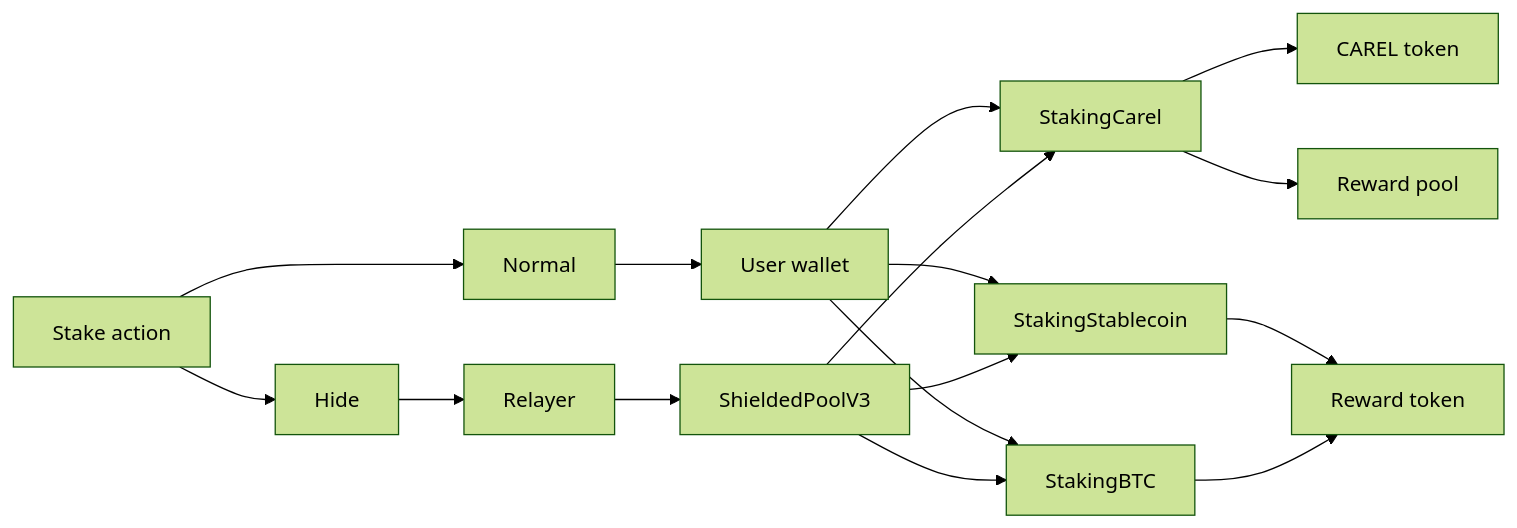
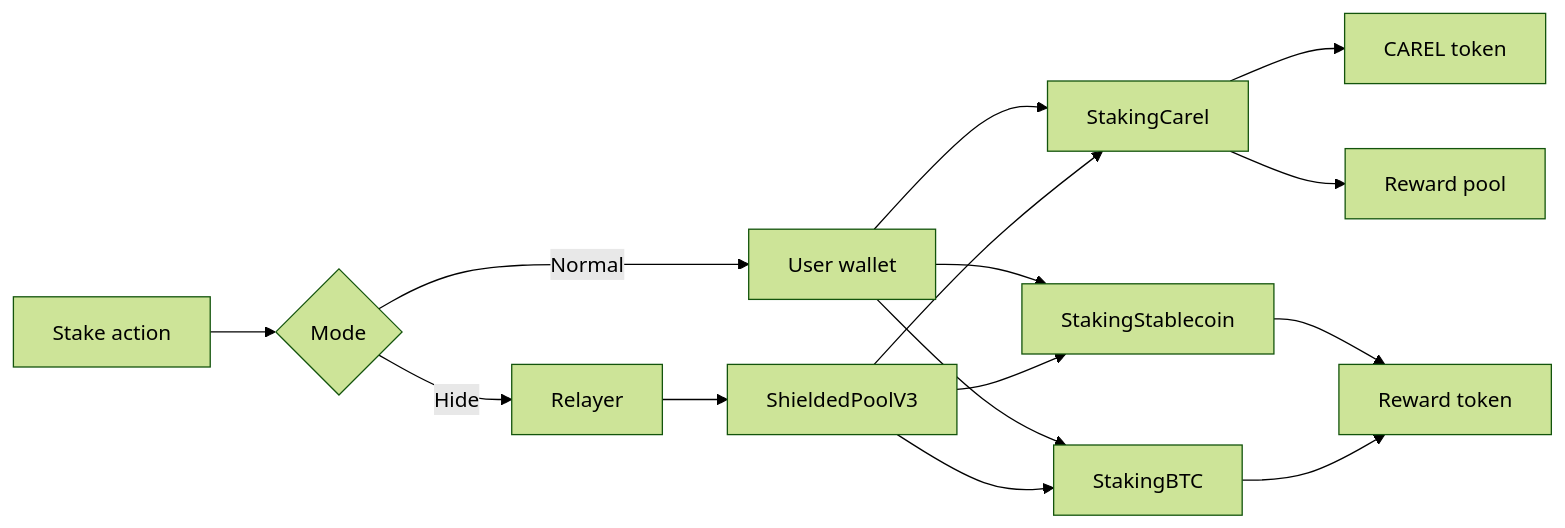
The fourth of 4 diagrams in smartcontract/README.md (ntfound-dev/zkcarel_protocol), drawn with Mermaid (forest theme) before and after one commit. The commit also changed other lines of this file and 1 other file, not shown here.

Commit message:
docs: clarify flow diagram contract naming

````diff
--- a/smartcontract/README.md
+++ b/smartcontract/README.md
@@ -160,18 +161,17 @@
 ```mermaid
 flowchart LR
-  A[Stake action] --> N[Normal]
-  N --> U[User wallet]
+  A[Stake action] --> B{Mode}
+  B -->|Normal| U[User wallet]
   U --> SCAREL[StakingCarel]
   U --> SSTABLE[StakingStablecoin]
   U --> SBTC[StakingBTC]
-  A --> H[Hide]
-  H --> R[Relayer]
+  B -->|Hide| R[Relayer]
   R --> EXEC[ShieldedPoolV3]
   EXEC --> SCAREL
   EXEC --> SSTABLE
   EXEC --> SBTC
   SCAREL --> CAREL[CAREL token]
   SCAREL --> RPOOL[Reward pool]
   SSTABLE --> RTOKEN[Reward token]
   SBTC --> RTOKEN
 ```
````
